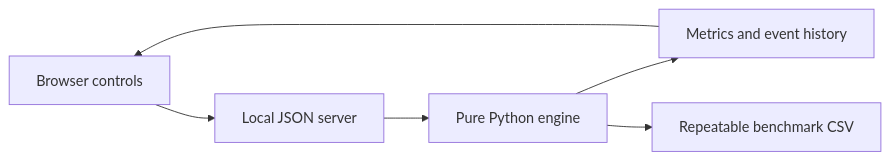
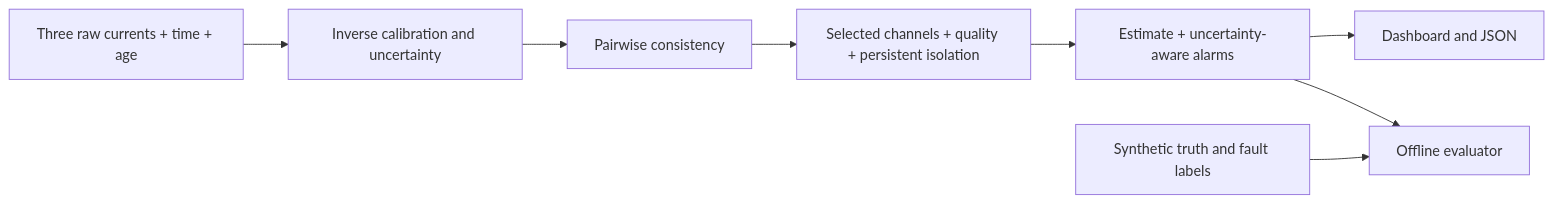
One commit to Mridulbat/Instrument-Monitor-Lab changed the diagram in README.md. Above: the diagram before and after it, drawn with Mermaid. The commit also changed other lines of this file and 53 other files, not shown here.

````diff
--- a/README.md
+++ b/README.md
@@ -24,8 +25,10 @@
 ```mermaid
 flowchart LR
-    UI[Browser controls] --> HTTP[Local JSON server]
-    HTTP --> E[Pure Python engine]
-    E --> R[Metrics and event history]
-    R --> UI
-    E --> B[Repeatable benchmark CSV]
+    A[Three raw currents + time + age] --> B[Inverse calibration and uncertainty]
+    B --> C[Pairwise consistency]
+    C --> D[Selected channels + quality + persistent isolation]
+    D --> E[Estimate + uncertainty-aware alarms]
+    E --> F[Dashboard and JSON]
+    G[Synthetic truth and fault labels] --> H[Offline evaluator]
+    E --> H
 ```
````
